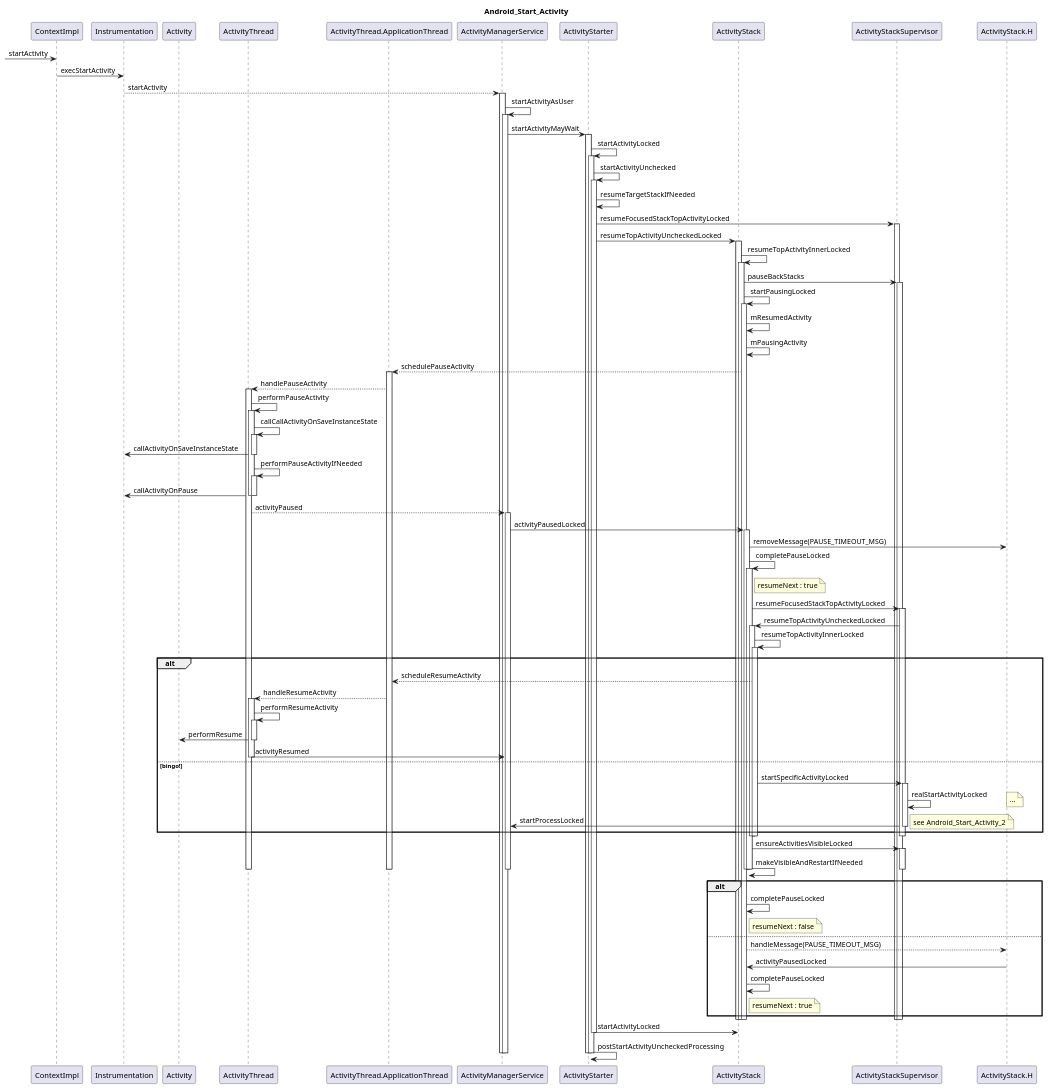
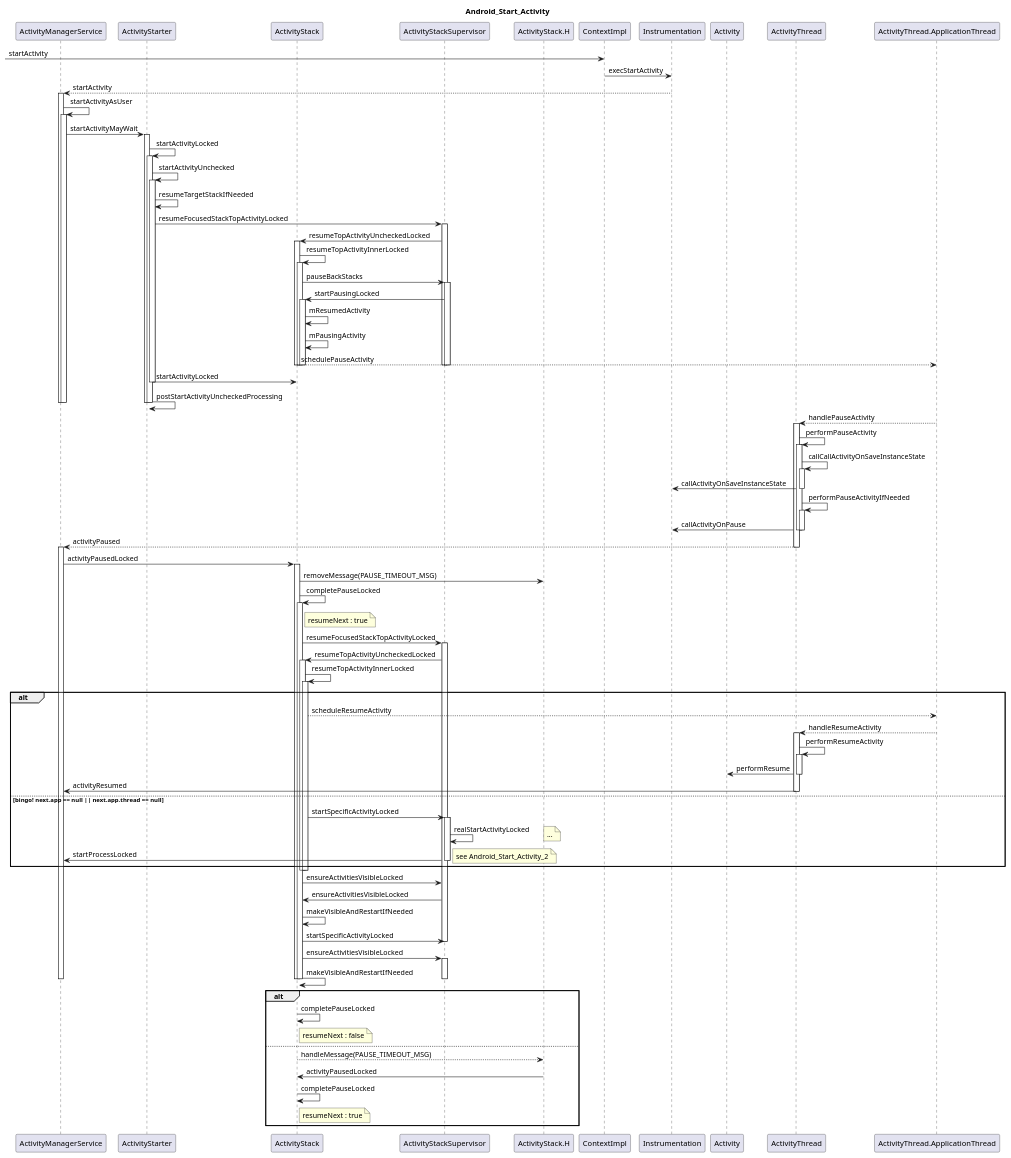
Before and after one commit to peggy109/AndroidSystemServer: the diagram in android_start_activity.puml, drawn with PlantUML.

Commit message:
android_start_activity.puml,optimize

```diff
--- a/android_start_activity.puml
+++ b/android_start_activity.puml
@@ -1,122 +1,135 @@
 @startuml
 title Android_Start_Activity
+participant ActivityManagerService as AMS
+participant ActivityStarter
+participant ActivityStack
+participant ActivityStackSupervisor
+participant ActivityStack.H
 participant ContextImpl
 participant Instrumentation
 participant Activity
 participant ActivityThread
 participant ActivityThread.ApplicationThread
-participant ActivityManagerService as AMS
-participant ActivityStarter
-participant ActivityStack
-participant ActivityStackSupervisor
-participant ActivityStack.H
 
 [-> ContextImpl : startActivity
 ContextImpl -> Instrumentation : execStartActivity
 Instrumentation ---> AMS : startActivity
 activate AMS
 	AMS -> AMS : startActivityAsUser
 	activate AMS
 		AMS -> ActivityStarter : startActivityMayWait
 		activate ActivityStarter
 			ActivityStarter -> ActivityStarter : startActivityLocked
 			activate ActivityStarter
 				ActivityStarter -> ActivityStarter : startActivityUnchecked
 				activate ActivityStarter
 					ActivityStarter -> ActivityStarter : resumeTargetStackIfNeeded
 					ActivityStarter -> ActivityStackSupervisor : resumeFocusedStackTopActivityLocked
 					activate ActivityStackSupervisor
-						ActivityStarter -> ActivityStack : resumeTopActivityUncheckedLocked
+						ActivityStackSupervisor -> ActivityStack : resumeTopActivityUncheckedLocked
 						activate ActivityStack
 							ActivityStack -> ActivityStack : resumeTopActivityInnerLocked
 							activate ActivityStack
 							    ActivityStack -> ActivityStackSupervisor : pauseBackStacks
 							    activate ActivityStackSupervisor
-								ActivityStack -> ActivityStack : startPausingLocked
+								ActivityStackSupervisor -> ActivityStack : startPausingLocked
 								activate ActivityStack
 									ActivityStack -> ActivityStack : mResumedActivity
 									ActivityStack -> ActivityStack : mPausingActivity
 									ActivityStack --> ActivityThread.ApplicationThread : schedulePauseActivity
-									activate ActivityThread.ApplicationThread
+								deactivate ActivityStack
+								deactivate ActivityStackSupervisor
+							deactivate ActivityStack
+						deactivate ActivityStack
+					deactivate ActivityStackSupervisor
+					ActivityStarter -> ActivityStack : startActivityLocked
+				deactivate ActivityStarter
+				ActivityStarter -> ActivityStarter : postStartActivityUncheckedProcessing
+			deactivate ActivityStarter
+		deactivate ActivityStarter
+	deactivate AMS
+deactivate AMS
 										ActivityThread.ApplicationThread --> ActivityThread : handlePauseActivity
 										activate ActivityThread
 											ActivityThread -> ActivityThread : performPauseActivity
 											activate ActivityThread
 												ActivityThread -> ActivityThread : callCallActivityOnSaveInstanceState
 												activate ActivityThread
 													ActivityThread -> Instrumentation : callActivityOnSaveInstanceState
 												deactivate ActivityThread
 												ActivityThread -> ActivityThread : performPauseActivityIfNeeded
 												activate ActivityThread
 													ActivityThread -> Instrumentation : callActivityOnPause
 												deactivate ActivityThread
 											deactivate ActivityThread
-											ActivityThread ---> AMS : activityPaused 
+											ActivityThread ---> AMS : activityPaused
+										deactivate ActivityThread
 											activate AMS
 												AMS -> ActivityStack : activityPausedLocked
 												activate ActivityStack
 													ActivityStack -> ActivityStack.H : removeMessage(PAUSE_TIMEOUT_MSG)
 													ActivityStack -> ActivityStack : completePauseLocked
 													note right of ActivityStack : resumeNext : true
 													activate ActivityStack
 														ActivityStack -> ActivityStackSupervisor : resumeFocusedStackTopActivityLocked
 														activate ActivityStackSupervisor
 															ActivityStackSupervisor -> ActivityStack : resumeTopActivityUncheckedLocked
 															activate ActivityStack
 																ActivityStack -> ActivityStack : resumeTopActivityInnerLocked
 																activate ActivityStack
 																alt
 																	ActivityStack ---> ActivityThread.ApplicationThread : scheduleResumeActivity
 																	ActivityThread.ApplicationThread ---> ActivityThread :handleResumeActivity
 																	activate ActivityThread
 																		ActivityThread -> ActivityThread : performResumeActivity
 																		activate ActivityThread
 																			ActivityThread -> Activity : performResume
 																		deactivate ActivityThread
 																		ActivityThread -> AMS : activityResumed
 																	deactivate ActivityThread
-																else bingo!
+																else bingo! next.app == null || next.app.thread == null
 																	ActivityStack -> ActivityStackSupervisor : startSpecificActivityLocked
 																	activate ActivityStackSupervisor
-                                                                        ActivityStackSupervisor -> ActivityStackSupervisor : realStartActivityLocked
-                                                                        note right : ...
-                                                                        ActivityStackSupervisor -> AMS : startProcessLocked
-                                                                        note right : see Android_Start_Activity_2
+																		ActivityStackSupervisor -> ActivityStackSupervisor : realStartActivityLocked
+																		note right : ...
+																		ActivityStackSupervisor -> AMS : startProcessLocked
+																		note right : see Android_Start_Activity_2
 																	deactivate ActivityStackSupervisor
 																end
 																deactivate ActivityStack
 															deactivate ActivityStack
+															ActivityStack -> ActivityStackSupervisor : ensureActivitiesVisibleLocked
+															ActivityStackSupervisor -> ActivityStack : ensureActivitiesVisibleLocked
+															ActivityStack -> ActivityStack : makeVisibleAndRestartIfNeeded
+															ActivityStack -> ActivityStackSupervisor : startSpecificActivityLocked
 														deactivate ActivityStackSupervisor
 														ActivityStack -> ActivityStackSupervisor : ensureActivitiesVisibleLocked
 														activate ActivityStackSupervisor
 														ActivityStack -> ActivityStack : makeVisibleAndRestartIfNeeded
 														deactivate ActivityStackSupervisor
 													deactivate ActivityStack
 												deactivate ActivityStack
 											deactivate AMS
-										deactivate ActivityThread
-									deactivate ActivityThread.ApplicationThread
+
+
 									alt
 										ActivityStack -> ActivityStack : completePauseLocked
 										note right of ActivityStack : resumeNext : false
 									else
 										ActivityStack ---> ActivityStack.H : handleMessage(PAUSE_TIMEOUT_MSG)
 										ActivityStack.H -> ActivityStack : activityPausedLocked
 										ActivityStack -> ActivityStack : completePauseLocked
 										note right of ActivityStack : resumeNext : true
 									end
-								deactivate ActivityStack
-								deactivate ActivityStackSupervisor
-							deactivate ActivityStack
-						deactivate ActivityStack
-					deactivate ActivityStackSupervisor
-					ActivityStarter -> ActivityStack : startActivityLocked
-				deactivate ActivityStarter
-				ActivityStarter -> ActivityStarter : postStartActivityUncheckedProcessing
-			deactivate ActivityStarter
-		deactivate ActivityStarter
 
-	deactivate AMS
-deactivate AMS
+
+
+
+
+
+
+
+
+
 
 @enduml
```
